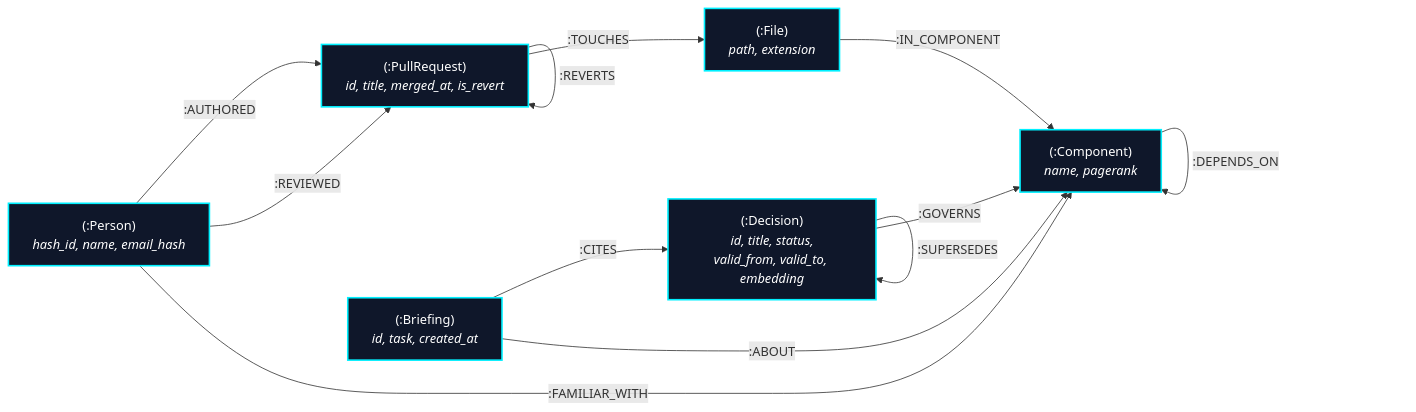
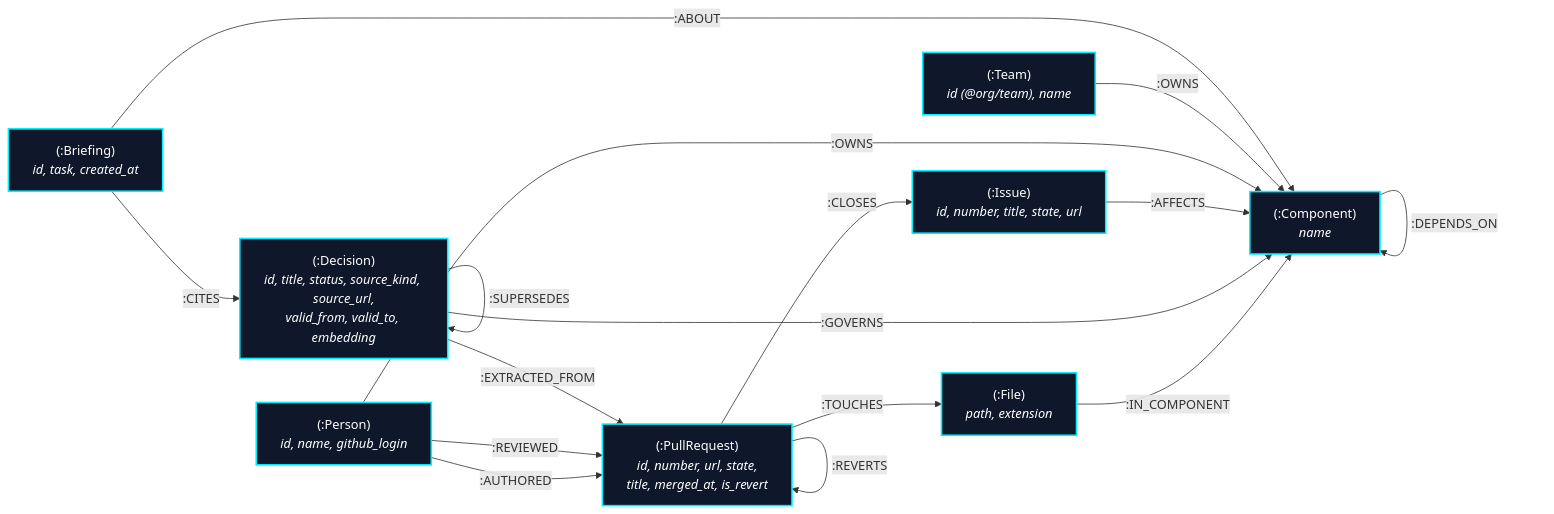
The second of 2 diagrams in README.md (Zephyrxx0/argon), drawn with Mermaid before and after one commit. The commit also changed other lines of this file and 3 other files, not shown here.

````diff
--- a/README.md
+++ b/README.md
@@ -133,24 +139,30 @@
 ```mermaid
 graph LR
     classDef nodeStyle fill:#0f172a,stroke:#00f0ff,stroke-width:2px,color:#fff;
     classDef edgeStyle stroke:#ffb800,stroke-width:1px,color:#ffb800;
 
-    Person["(:Person)<br/><i>hash_id, name, email_hash</i>"]:::nodeStyle
-    PR["(:PullRequest)<br/><i>id, title, merged_at, is_revert</i>"]:::nodeStyle
+    Person["(:Person)<br/><i>id, name, github_login</i>"]:::nodeStyle
+    Team["(:Team)<br/><i>id (@org/team), name</i>"]:::nodeStyle
+    PR["(:PullRequest)<br/><i>id, number, url, state,<br/>title, merged_at, is_revert</i>"]:::nodeStyle
+    Issue["(:Issue)<br/><i>id, number, title, state, url</i>"]:::nodeStyle
     File["(:File)<br/><i>path, extension</i>"]:::nodeStyle
-    Component["(:Component)<br/><i>name, pagerank</i>"]:::nodeStyle
-    Decision["(:Decision)<br/><i>id, title, status,<br/>valid_from, valid_to, embedding</i>"]:::nodeStyle
+    Component["(:Component)<br/><i>name</i>"]:::nodeStyle
+    Decision["(:Decision)<br/><i>id, title, status, source_kind, source_url,<br/>valid_from, valid_to, embedding</i>"]:::nodeStyle
     Briefing["(:Briefing)<br/><i>id, task, created_at</i>"]:::nodeStyle
 
     Person -->|:AUTHORED| PR
     Person -->|:REVIEWED| PR
-    Person -->|:FAMILIAR_WITH| Component
     PR -->|:TOUCHES| File
     PR -->|:REVERTS| PR
     File -->|:IN_COMPONENT| Component
     Component -->|:DEPENDS_ON| Component
     Decision -->|:GOVERNS| Component
     Decision -->|:SUPERSEDES| Decision
+    Decision -->|:EXTRACTED_FROM| PR
+    PR -->|:CLOSES| Issue
+    Issue -->|:AFFECTS| Component
+    Person -->|:OWNS| Component
+    Team -->|:OWNS| Component
     Briefing -->|:CITES| Decision
     Briefing -->|:ABOUT| Component
 ```
````
